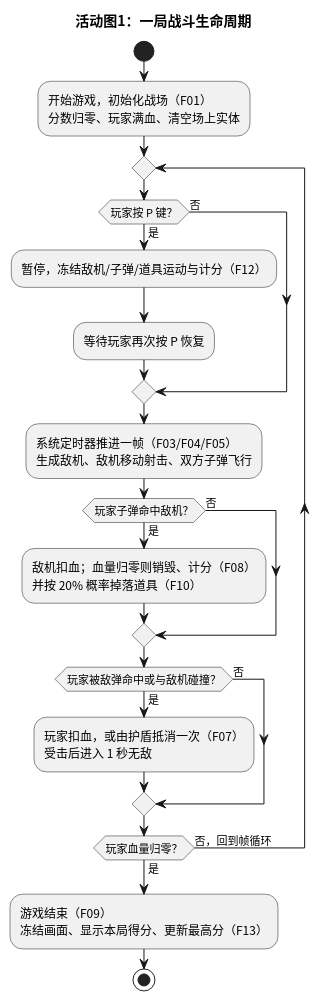
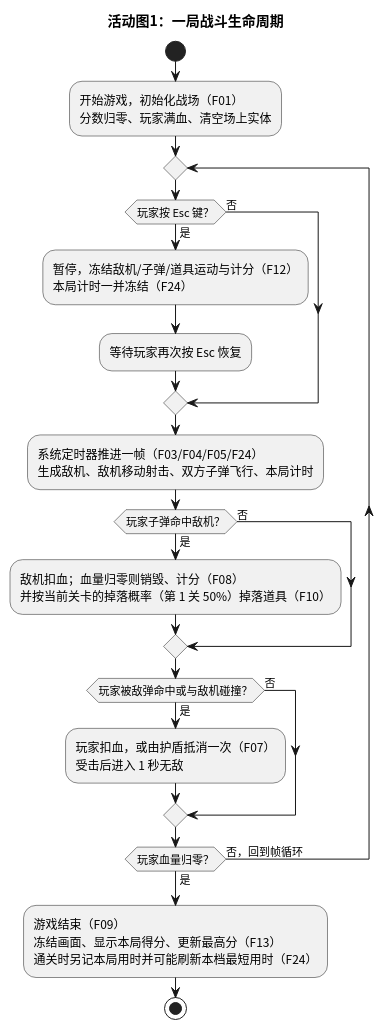
One commit to hit-plane/PLANE changed the diagram in docs/puml/activity-battle-loop.puml（活动图1源）.puml. Above: the diagram before and after it, drawn with PlantUML. The commit also changed 4 other files, not shown here.

```diff
--- a/docs/puml/activity-battle-loop.puml（活动图1源）.puml
+++ b/docs/puml/activity-battle-loop.puml（活动图1源）.puml
@@ -1,24 +1,24 @@
 @startuml activity-battle-loop
 skinparam defaultFontName "Noto Sans CJK SC"
 title 活动图1：一局战斗生命周期
 start
 :开始游戏，初始化战场（F01）\n分数归零、玩家满血、清空场上实体;
 repeat
-  if (玩家按 P 键？) then (是)
-    :暂停，冻结敌机/子弹/道具运动与计分（F12）;
-    :等待玩家再次按 P 恢复;
+  if (玩家按 Esc 键？) then (是)
+    :暂停，冻结敌机/子弹/道具运动与计分（F12）\n本局计时一并冻结（F24）;
+    :等待玩家再次按 Esc 恢复;
   else (否)
   endif
-  :系统定时器推进一帧（F03/F04/F05）\n生成敌机、敌机移动射击、双方子弹飞行;
+  :系统定时器推进一帧（F03/F04/F05/F24）\n生成敌机、敌机移动射击、双方子弹飞行、本局计时;
   if (玩家子弹命中敌机？) then (是)
-    :敌机扣血；血量归零则销毁、计分（F08）\n并按 20% 概率掉落道具（F10）;
+    :敌机扣血；血量归零则销毁、计分（F08）\n并按当前关卡的掉落概率（第 1 关 50%）掉落道具（F10）;
   else (否)
   endif
   if (玩家被敌弹命中或与敌机碰撞？) then (是)
     :玩家扣血，或由护盾抵消一次（F07）\n受击后进入 1 秒无敌;
   else (否)
   endif
 repeat while (玩家血量归零？) is (否，回到帧循环) not (是)
-:游戏结束（F09）\n冻结画面、显示本局得分、更新最高分（F13）;
+:游戏结束（F09）\n冻结画面、显示本局得分、更新最高分（F13）\n通关时另记本局用时并可能刷新本档最短用时（F24）;
 stop
 @enduml
```
